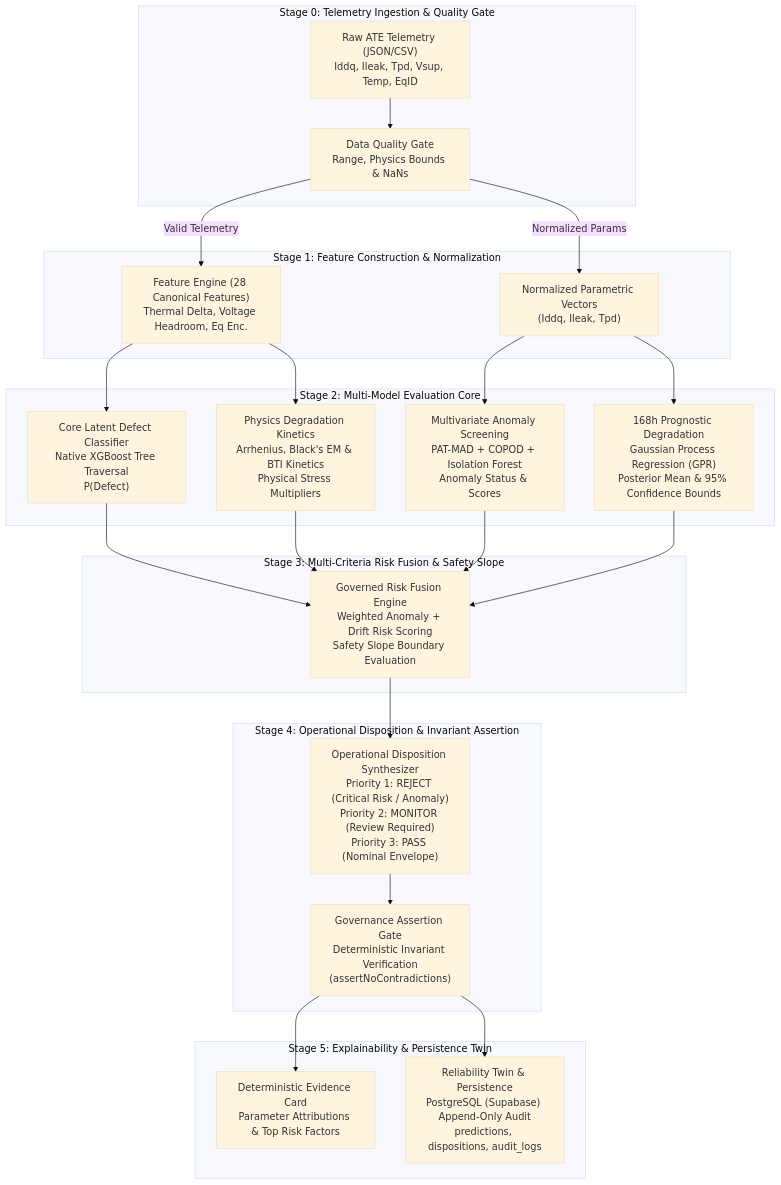
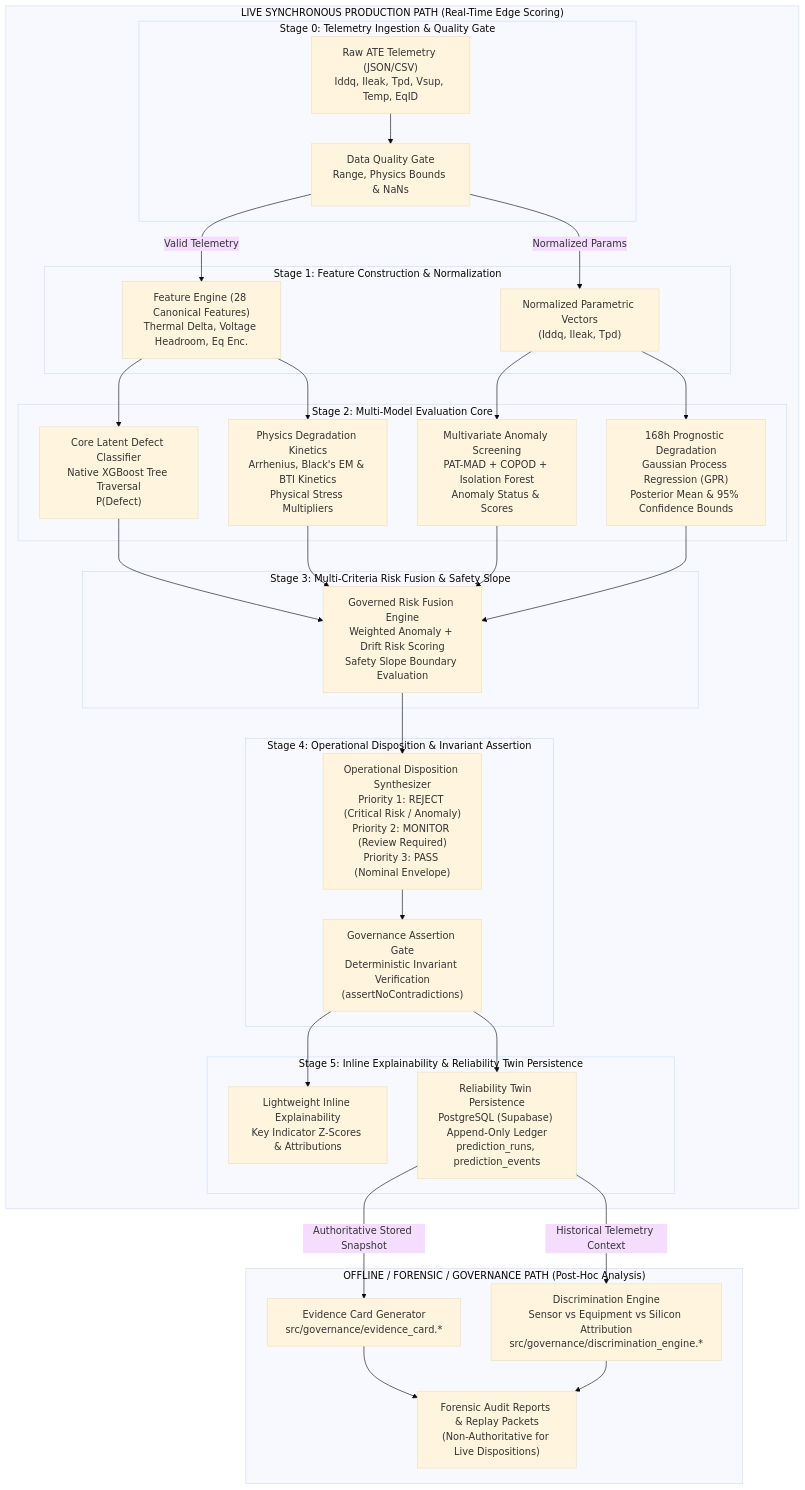
The diagram in docs/architecture/canonical-production-path.md (umeshpandeysh/predicta-26), drawn with Mermaid (base theme) before and after one commit. The commit also changed other lines of this file and 9 other files, not shown here.

````diff
--- a/docs/architecture/canonical-production-path.md
+++ b/docs/architecture/canonical-production-path.md
@@ -19,32 +19,40 @@
 ```mermaid
 flowchart TD
-    subgraph S0["Stage 0: Telemetry Ingestion & Quality Gate"]
-        T0["Raw ATE Telemetry (JSON/CSV)<br/>Iddq, Ileak, Tpd, Vsup, Temp, EqID"] --> Q0["Data Quality Gate<br/>Range, Physics Bounds & NaNs"]
+    subgraph LIVE["LIVE SYNCHRONOUS PRODUCTION PATH (Real-Time Edge Scoring)"]
+        subgraph S0["Stage 0: Telemetry Ingestion & Quality Gate"]
+            T0["Raw ATE Telemetry (JSON/CSV)<br/>Iddq, Ileak, Tpd, Vsup, Temp, EqID"] --> Q0["Data Quality Gate<br/>Range, Physics Bounds & NaNs"]
+        end
+
+        subgraph S1["Stage 1: Feature Construction & Normalization"]
+            Q0 -->|Valid Telemetry| F1["Feature Engine (28 Canonical Features)<br/>Thermal Delta, Voltage Headroom, Eq Enc."]
+            Q0 -->|Normalized Params| N1["Normalized Parametric Vectors<br/>(Iddq, Ileak, Tpd)"]
+        end
+
+        subgraph S2["Stage 2: Multi-Model Evaluation Core"]
+            F1 --> M1["Core Latent Defect Classifier<br/>Native XGBoost Tree Traversal<br/>P(Defect)"]
+            N1 --> M2["Multivariate Anomaly Screening<br/>PAT-MAD + COPOD + Isolation Forest<br/>Anomaly Status & Scores"]
+            N1 --> M3["168h Prognostic Degradation<br/>Gaussian Process Regression (GPR)<br/>Posterior Mean & 95% Confidence Bounds"]
+            F1 --> M4["Physics Degradation Kinetics<br/>Arrhenius, Black's EM & BTI Kinetics<br/>Physical Stress Multipliers"]
+        end
+
+        subgraph S3["Stage 3: Multi-Criteria Risk Fusion & Safety Slope"]
+            M1 & M2 & M3 & M4 --> RF["Governed Risk Fusion Engine<br/>Weighted Anomaly + Drift Risk Scoring<br/>Safety Slope Boundary Evaluation"]
+        end
+
+        subgraph S4["Stage 4: Operational Disposition & Invariant Assertion"]
+            RF --> OD["Operational Disposition Synthesizer<br/>Priority 1: REJECT (Critical Risk / Anomaly)<br/>Priority 2: MONITOR (Review Required)<br/>Priority 3: PASS (Nominal Envelope)"]
+            OD --> GA["Governance Assertion Gate<br/>Deterministic Invariant Verification<br/>(assertNoContradictions)"]
+        end
+
+        subgraph S5["Stage 5: Inline Explainability & Reliability Twin Persistence"]
+            GA --> IE["Lightweight Inline Explainability<br/>Key Indicator Z-Scores & Attributions"]
+            GA --> RT["Reliability Twin Persistence<br/>PostgreSQL (Supabase) Append-Only Ledger<br/>prediction_runs, prediction_events"]
+        end
     end
 
-    subgraph S1["Stage 1: Feature Construction & Normalization"]
-        Q0 -->|Valid Telemetry| F1["Feature Engine (28 Canonical Features)<br/>Thermal Delta, Voltage Headroom, Eq Enc."]
-        Q0 -->|Normalized Params| N1["Normalized Parametric Vectors<br/>(Iddq, Ileak, Tpd)"]
-    end
-
-    subgraph S2["Stage 2: Multi-Model Evaluation Core"]
-        F1 --> M1["Core Latent Defect Classifier<br/>Native XGBoost Tree Traversal<br/>P(Defect)"]
-        N1 --> M2["Multivariate Anomaly Screening<br/>PAT-MAD + COPOD + Isolation Forest<br/>Anomaly Status & Scores"]
-        N1 --> M3["168h Prognostic Degradation<br/>Gaussian Process Regression (GPR)<br/>Posterior Mean & 95% Confidence Bounds"]
-        F1 --> M4["Physics Degradation Kinetics<br/>Arrhenius, Black's EM & BTI Kinetics<br/>Physical Stress Multipliers"]
-    end
-
-    subgraph S3["Stage 3: Multi-Criteria Risk Fusion & Safety Slope"]
-        M1 & M2 & M3 & M4 --> RF["Governed Risk Fusion Engine<br/>Weighted Anomaly + Drift Risk Scoring<br/>Safety Slope Boundary Evaluation"]
-    end
-
-    subgraph S4["Stage 4: Operational Disposition & Invariant Assertion"]
-        RF --> OD["Operational Disposition Synthesizer<br/>Priority 1: REJECT (Critical Risk / Anomaly)<br/>Priority 2: MONITOR (Review Required)<br/>Priority 3: PASS (Nominal Envelope)"]
-        OD --> GA["Governance Assertion Gate<br/>Deterministic Invariant Verification<br/>(assertNoContradictions)"]
-    end
-
-    subgraph S5["Stage 5: Explainability & Persistence Twin"]
-        GA --> EC["Deterministic Evidence Card<br/>Parameter Attributions & Top Risk Factors"]
-        GA --> RT["Reliability Twin & Persistence<br/>PostgreSQL (Supabase) Append-Only Audit<br/>predictions, dispositions, audit_logs"]
+    subgraph OFFLINE["OFFLINE / FORENSIC / GOVERNANCE PATH (Post-Hoc Analysis)"]
+        RT -->|Authoritative Stored Snapshot| ECG["Evidence Card Generator<br/>src/governance/evidence_card.*"]
+        RT -->|Historical Telemetry Context| DE["Discrimination Engine<br/>Sensor vs Equipment vs Silicon Attribution<br/>src/governance/discrimination_engine.*"]
+        ECG & DE --> REP["Forensic Audit Reports & Replay Packets<br/>(Non-Authoritative for Live Dispositions)"]
     end
 ```
````
